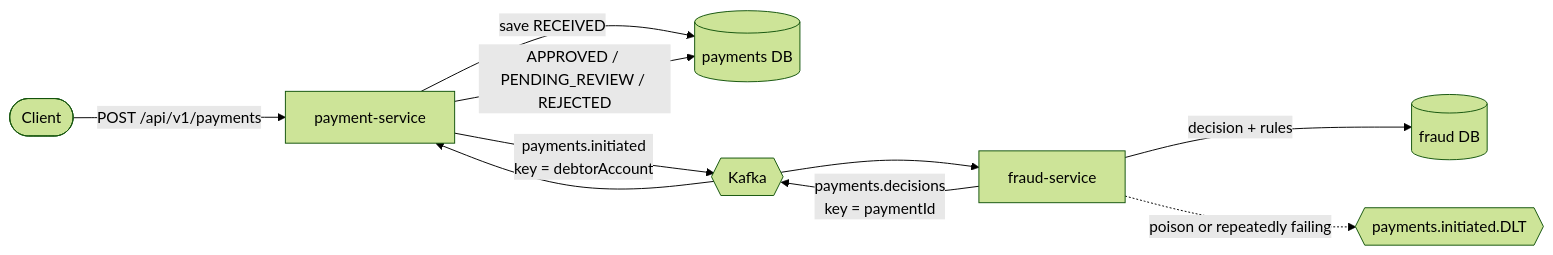
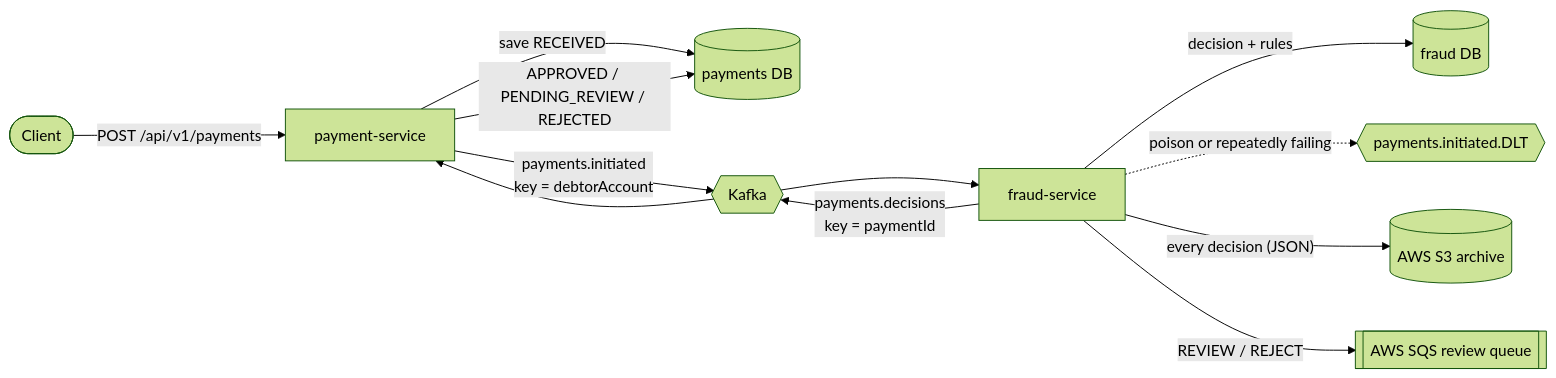
Before and after one commit to iamshubham202002/payguard-kafka: the diagram in README.md, drawn with Mermaid (forest theme). The commit also changed other lines of this file and 11 other files, not shown here.

First line of the commit message:
Add AWS S3 archive and SQS review queue to fraud-service (LocalStack for local runs)

````diff
--- a/README.md
+++ b/README.md
@@ -11,12 +11,14 @@
 ```mermaid
 flowchart LR
     C([Client]) -- "POST /api/v1/payments" --> P[payment-service]
     P -- "save RECEIVED" --> PDB[(payments DB)]
     P -- "payments.initiated<br/>key = debtorAccount" --> K{{Kafka}}
     K --> F[fraud-service]
     F -- "decision + rules" --> FDB[(fraud DB)]
     F -- "payments.decisions<br/>key = paymentId" --> K
     K --> P
     P -- "APPROVED / PENDING_REVIEW / REJECTED" --> PDB
     F -. "poison or repeatedly failing" .-> DLT{{payments.initiated.DLT}}
+    F -- "every decision (JSON)" --> S3[(AWS S3 archive)]
+    F -- "REVIEW / REJECT" --> SQS[[AWS SQS review queue]]
 ```
````
